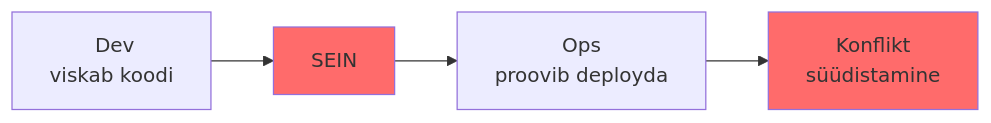
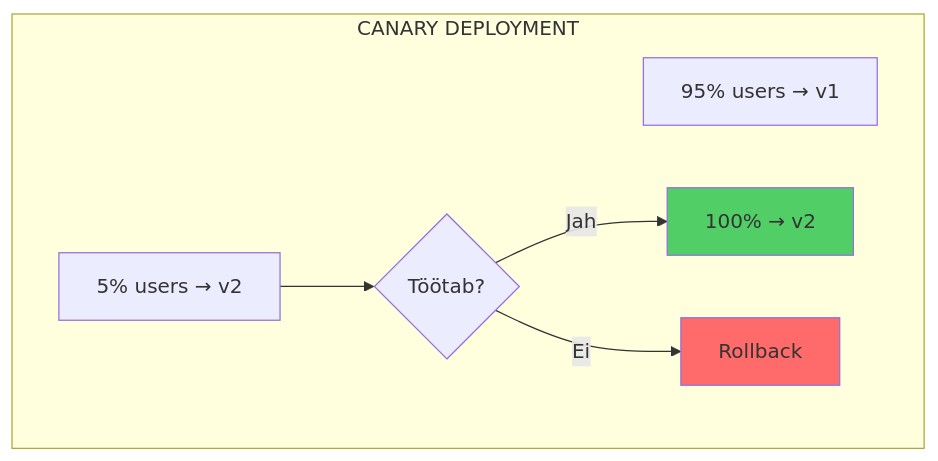
Before and after one commit to mtalvik/automatiseerimine_ext: the tenth of 11 diagrams in docs/ci_cd/loeng.md, drawn with Mermaid. The commit also changed other lines of this file and 140 other files, not shown here.

````diff
--- a/docs/ci_cd/loeng.md
+++ b/docs/ci_cd/loeng.md
@@ -739,9 +617,13 @@
 ```mermaid
-graph LR
-    A[‍ Dev<br/>viskab koodi] --> B[ SEIN]
-    B --> C[ Ops<br/>proovib deployda]
-    C --> D[ Konflikt<br/>süüdistamine]
+graph TB
+    subgraph "CANARY DEPLOYMENT"
+        C1[95% users → v1] 
+        C2[5% users → v2]
+        C2 --> C3{Töötab?}
+        C3 -->|Jah| C4[100% → v2]
+        C3 -->|Ei| C5[Rollback]
+    end
     
-    style B fill:#ff6b6b
-    style D fill:#ff6b6b
+    style C4 fill:#51cf66
+    style C5 fill:#ff6b6b
 ```
````
